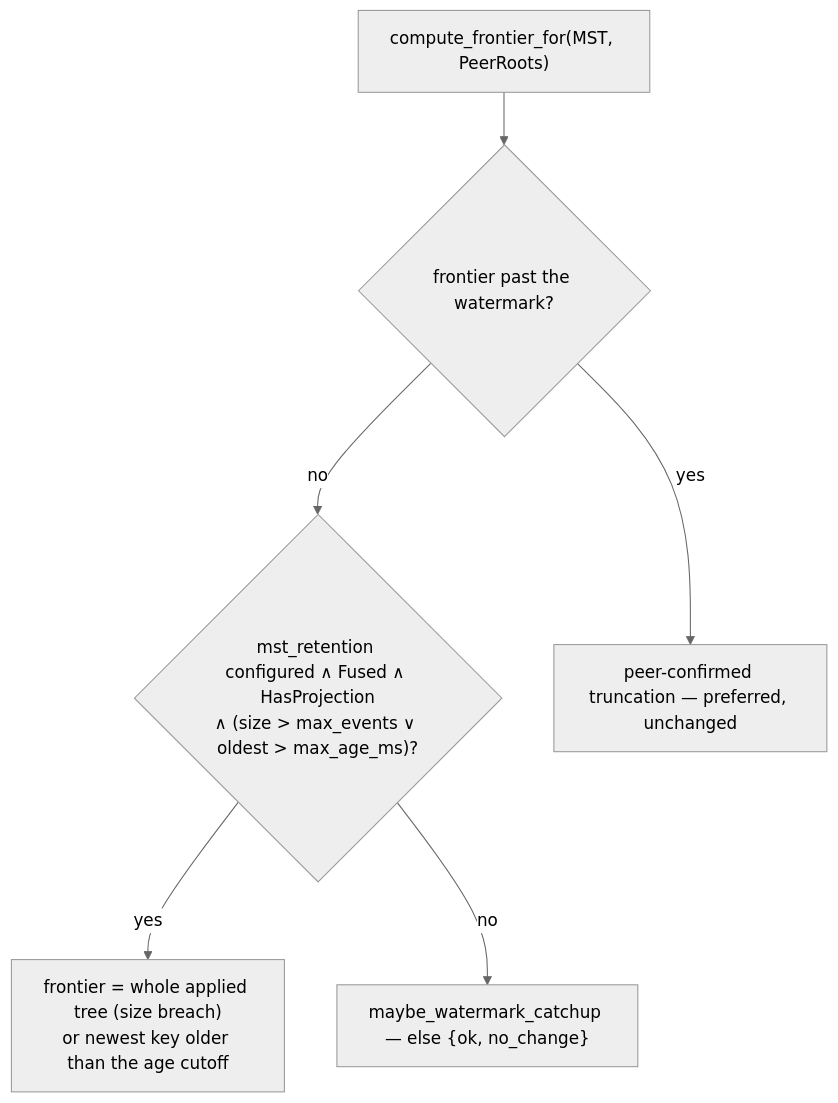
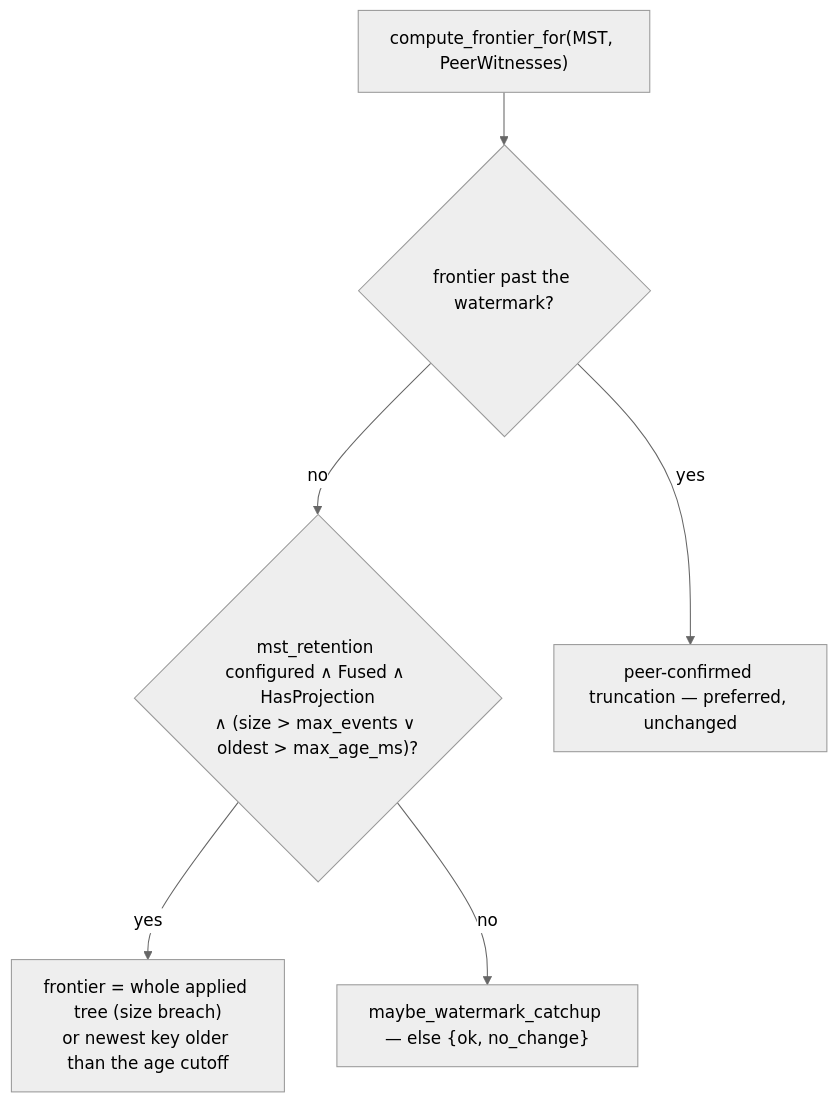
One commit to bondy-io/bondy changed the fourth of 16 diagrams in apps/bondy_db/doc_extras/architecture/06_compaction_and_bootstrap.md. Above: the diagram before and after it, drawn with Mermaid (neutral theme). The commit also changed other lines of this file and 35 other files, not shown here.

````diff
--- a/apps/bondy_db/doc_extras/architecture/06_compaction_and_bootstrap.md
+++ b/apps/bondy_db/doc_extras/architecture/06_compaction_and_bootstrap.md
@@ -155,14 +178,14 @@
 ```mermaid
 flowchart TB
-    CF["compute_frontier_for(MST, PeerRoots)"]
+    CF["compute_frontier_for(MST, PeerWitnesses)"]
     UD{"frontier past the watermark?"}
     RET{"mst_retention configured ∧ Fused ∧ HasProjection<br/>∧ (size > max_events ∨ oldest > max_age_ms)?"}
     RFRONT["frontier = whole applied tree (size breach)<br/>or newest key older than the age cutoff"]
     CATCH["maybe_watermark_catchup — else {ok, no_change}"]
 
     CF --> UD
     UD -->|yes| Frontier[peer-confirmed truncation — preferred, unchanged]
     UD -->|no| RET
     RET -->|yes| RFRONT
     RET -->|no| CATCH
 ```
````
